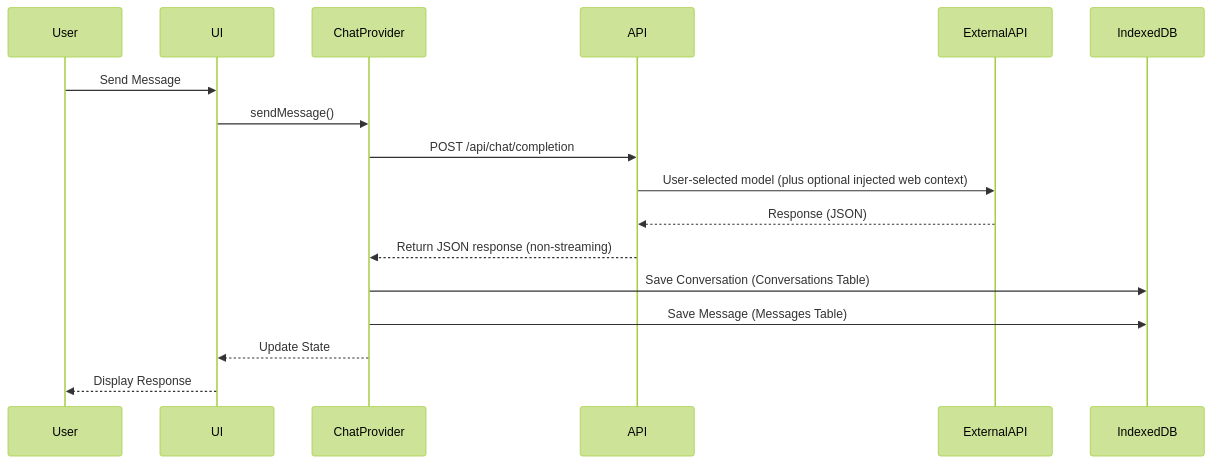
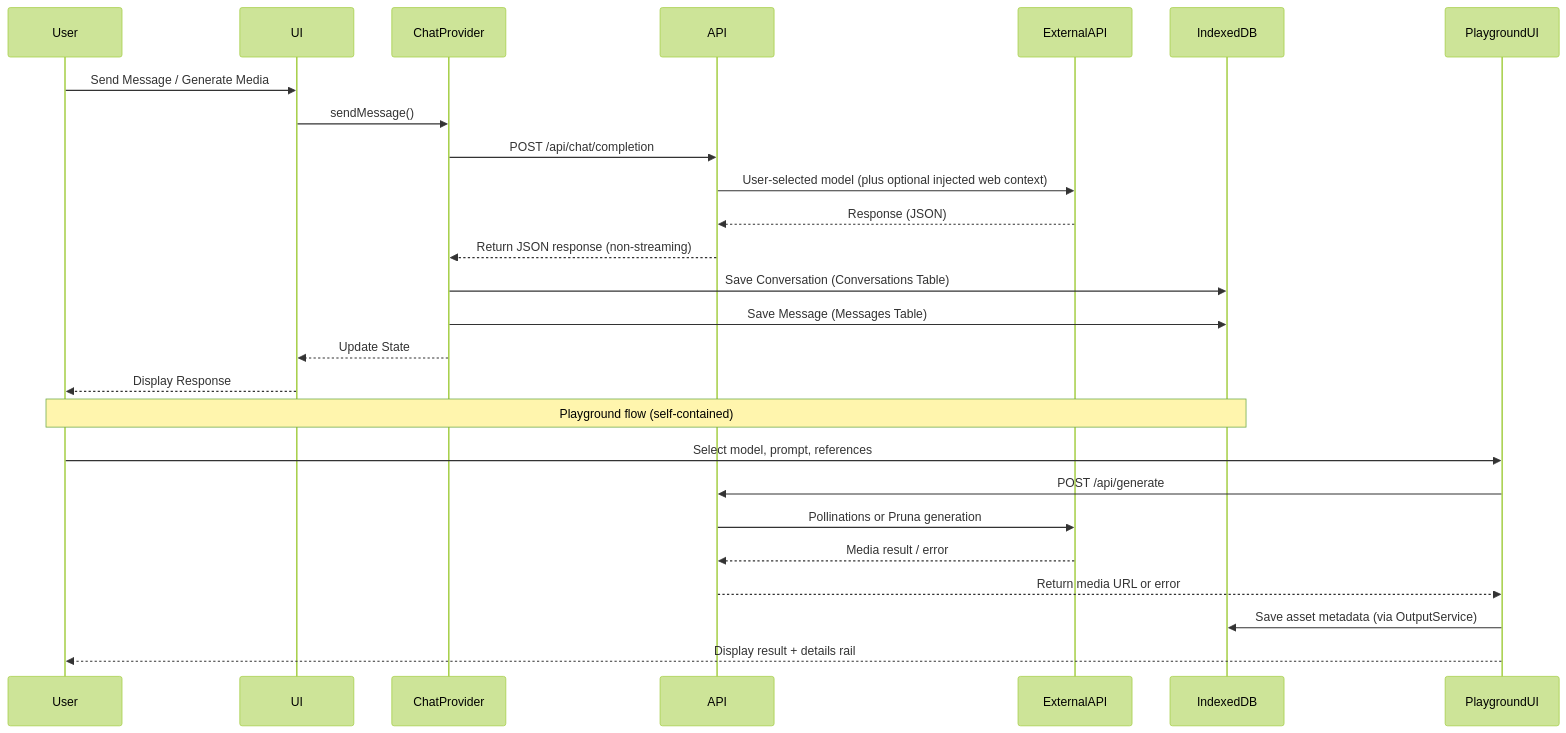
Before and after one commit to loopmaster303/heyhihosted: the third of 5 diagrams in docs/architecture-view.md, drawn with Mermaid (forest theme). The commit also changed other lines of this file and 12 other files, not shown here.

````diff
--- a/docs/architecture-view.md
+++ b/docs/architecture-view.md
@@ -77,20 +81,29 @@
 ```mermaid
 sequenceDiagram
     participant User
     participant UI
     participant ChatProvider
     participant API
     participant ExternalAPI
     participant IndexedDB
     
-    User->>UI: Send Message
+    User->>UI: Send Message / Generate Media
     UI->>ChatProvider: sendMessage()
     ChatProvider->>API: POST /api/chat/completion
     API->>ExternalAPI: User-selected model (plus optional injected web context)
     ExternalAPI-->>API: Response (JSON)
     API-->>ChatProvider: Return JSON response (non-streaming)
     ChatProvider->>IndexedDB: Save Conversation (Conversations Table)
     ChatProvider->>IndexedDB: Save Message (Messages Table)
     ChatProvider-->>UI: Update State
     UI-->>User: Display Response
+
+    Note over User, IndexedDB: Playground flow (self-contained)
+    User->>PlaygroundUI: Select model, prompt, references
+    PlaygroundUI->>API: POST /api/generate
+    API->>ExternalAPI: Pollinations or Pruna generation
+    ExternalAPI-->>API: Media result / error
+    API-->>PlaygroundUI: Return media URL or error
+    PlaygroundUI->>IndexedDB: Save asset metadata (via OutputService)
+    PlaygroundUI-->>User: Display result + details rail
 ```
````
